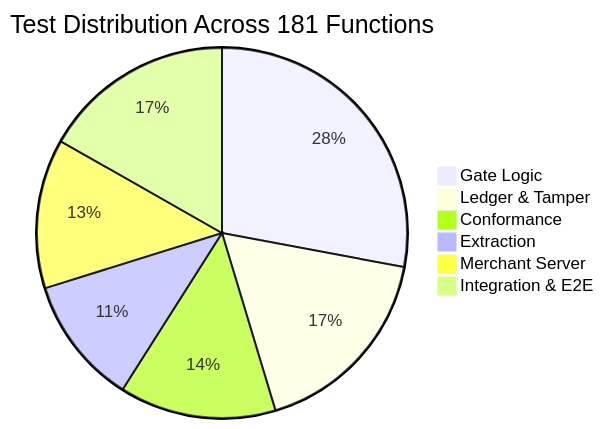
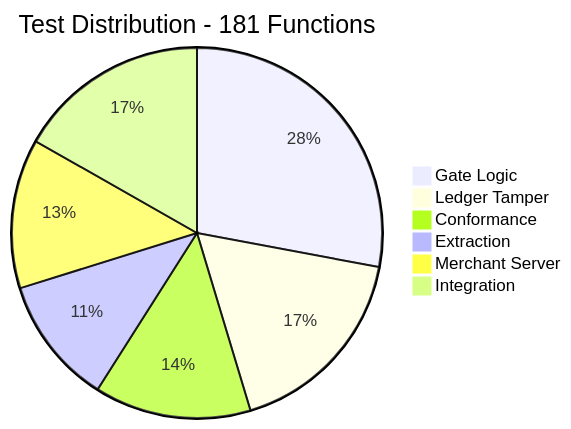
One commit to NithishaVenkatesh/upi-agent-conformance changed the fifth of 6 diagrams in README.md. Above: the diagram before and after it, drawn with Mermaid. The commit also changed other lines of this file, not shown here.

First line of the commit message:
fix: Mermaid diagrams - remove special characters causing parse errors

````diff
--- a/README.md
+++ b/README.md
@@ -325,9 +315,9 @@
 ```mermaid
-pie title Test Distribution Across 181 Functions
+pie title Test Distribution - 181 Functions
     "Gate Logic" : 45
-    "Ledger & Tamper" : 28
+    "Ledger Tamper" : 28
     "Conformance" : 22
     "Extraction" : 18
     "Merchant Server" : 21
-    "Integration & E2E" : 27
+    "Integration" : 27
 ```
````
